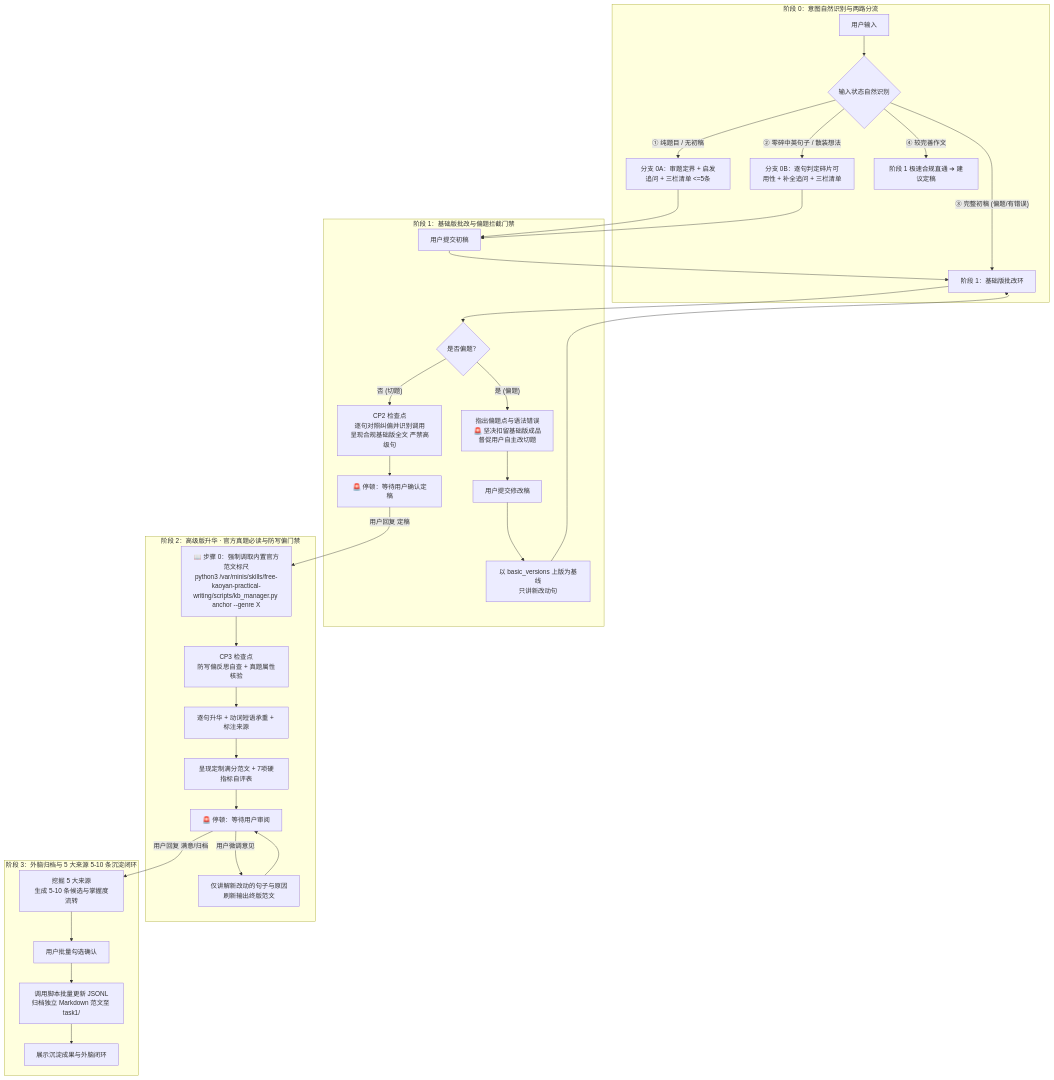
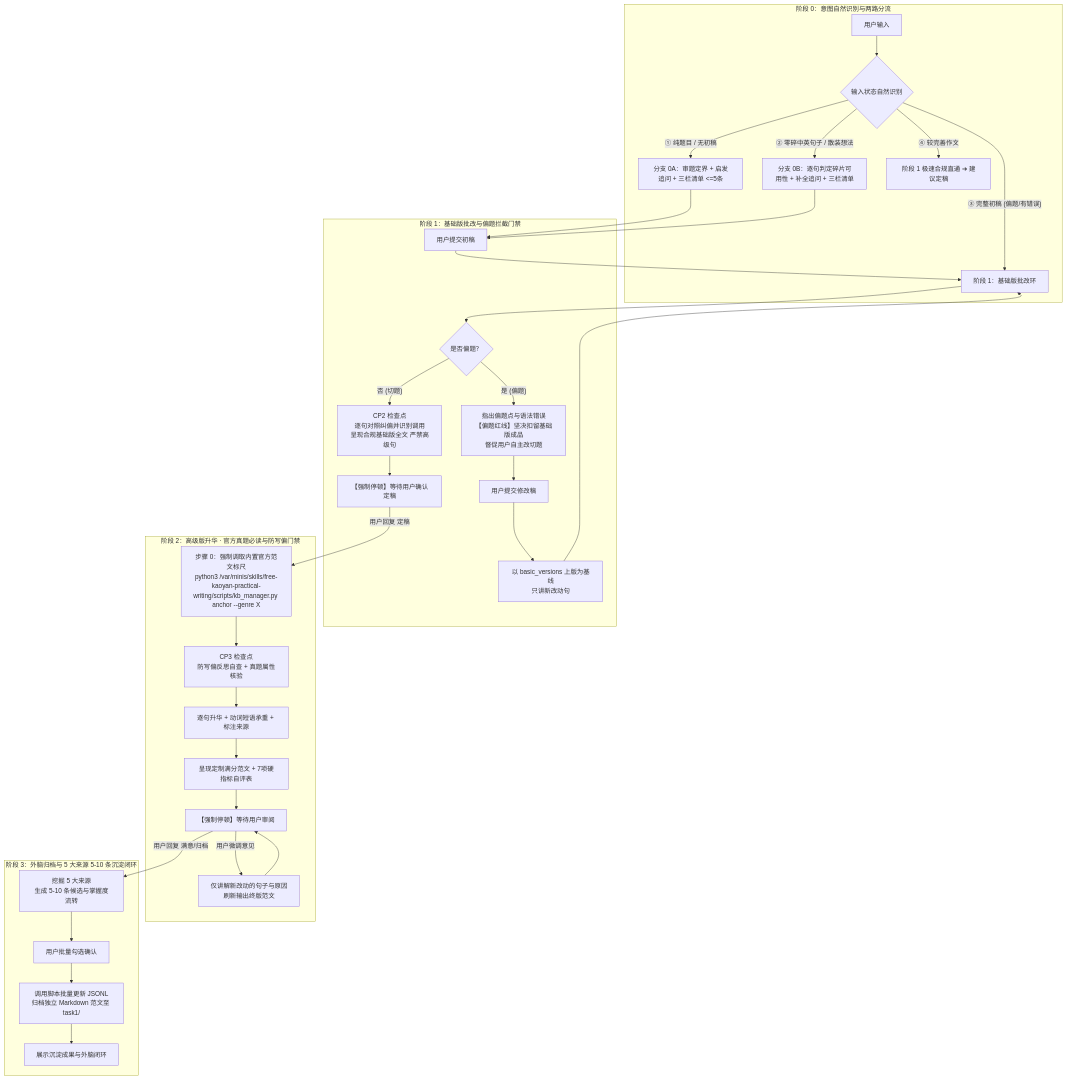
Before and after one commit to Fuchen-Xiaoxing/free-kaoyan-practical-writing: the diagram in SKILL.md, drawn with Mermaid. The commit also changed other lines of this file and 3 other files, not shown here.

````diff
--- a/SKILL.md
+++ b/SKILL.md
@@ -48,40 +49,40 @@
 ```mermaid
 flowchart TD
     subgraph S0 [阶段 0：意图自然识别与两路分流]
         In[用户输入] --> Judge{输入状态自然识别}
         Judge -- ① 纯题目 / 无初稿 --> P0_A[分支 0A：审题定界 + 启发追问 + 三栏清单 <=5条]
         Judge -- ② 零碎中英句子 / 散装想法 --> P0_B[分支 0B：逐句判定碎片可用性 + 补全追问 + 三栏清单]
         Judge -- ③ 完整初稿 (偏题/有错误) --> P1[阶段 1：基础版批改环]
         Judge -- ④ 较完善作文 --> P1_Fast[阶段 1 极速合规直通 ➔ 建议定稿]
     end
 
     subgraph S1 [阶段 1：基础版批改与偏题拦截门禁]
         P0_A --> UserDraft[用户提交初稿]
         P0_B --> UserDraft
         UserDraft --> P1
         P1 --> TopicCheck{是否偏题？}
-        TopicCheck -- 是 (偏题) --> OffTopicReject[指出偏题点与语法错误<br>🚨 坚决扣留基础版成品<br>督促用户自主改切题]
+        TopicCheck -- 是 (偏题) --> OffTopicReject[指出偏题点与语法错误<br>【偏题红线】坚决扣留基础版成品<br>督促用户自主改切题]
         OffTopicReject --> UserRevise[用户提交修改稿]
         UserRevise --> MultiTurnBasic[以 basic_versions 上版为基线<br>只讲新改动句]
         MultiTurnBasic --> P1
         TopicCheck -- 否 (切题) --> SentCheck[CP2 检查点<br>逐句对照纠偏并识别调用<br>呈现合规基础版全文 严禁高级句]
-        SentCheck --> WaitBasic[🚨 停顿：等待用户确认定稿]
+        SentCheck --> WaitBasic[【强制停顿】等待用户确认定稿]
     end
 
     subgraph S2 [阶段 2：高级版升华 · 官方真题必读与防写偏门禁]
-        WaitBasic -- 用户回复 定稿 --> AnchorRead[📖 步骤 0：强制调取内置官方范文标尺<br>python3 /var/minis/skills/free-kaoyan-practical-writing/scripts/kb_manager.py anchor --genre X]
+        WaitBasic -- 用户回复 定稿 --> AnchorRead[步骤 0：强制调取内置官方范文标尺<br>python3 /var/minis/skills/free-kaoyan-practical-writing/scripts/kb_manager.py anchor --genre X]
         AnchorRead --> CP3[CP3 检查点<br>防写偏反思自查 + 真题属性核验]
         CP3 --> Elevate[逐句升华 + 动词短语承重 + 标注来源]
         Elevate --> ElevateFinal[呈现定制满分范文 + 7项硬指标自评表]
-        ElevateFinal --> WaitAdvanced[🚨 停顿：等待用户审阅]
+        ElevateFinal --> WaitAdvanced[【强制停顿】等待用户审阅]
         WaitAdvanced -- 用户微调意见 --> MultiTurnElevate[仅讲解新改动的句子与原因<br>刷新输出终版范文]
         MultiTurnElevate --> WaitAdvanced
     end
 
     subgraph S3 [阶段 3：外脑归档与 5 大来源 5-10 条沉淀闭环]
         WaitAdvanced -- 用户回复 满意/归档 --> CandidateGen[挖掘 5 大来源<br>生成 5-10 条候选与掌握度流转]
         CandidateGen --> UserBatchConfirm[用户批量勾选确认]
         UserBatchConfirm --> ScriptExec[调用脚本批量更新 JSONL<br>归档独立 Markdown 范文至 task1/]
         ScriptExec --> EndNode[展示沉淀成果与外脑闭环]
     end
 ```
````
